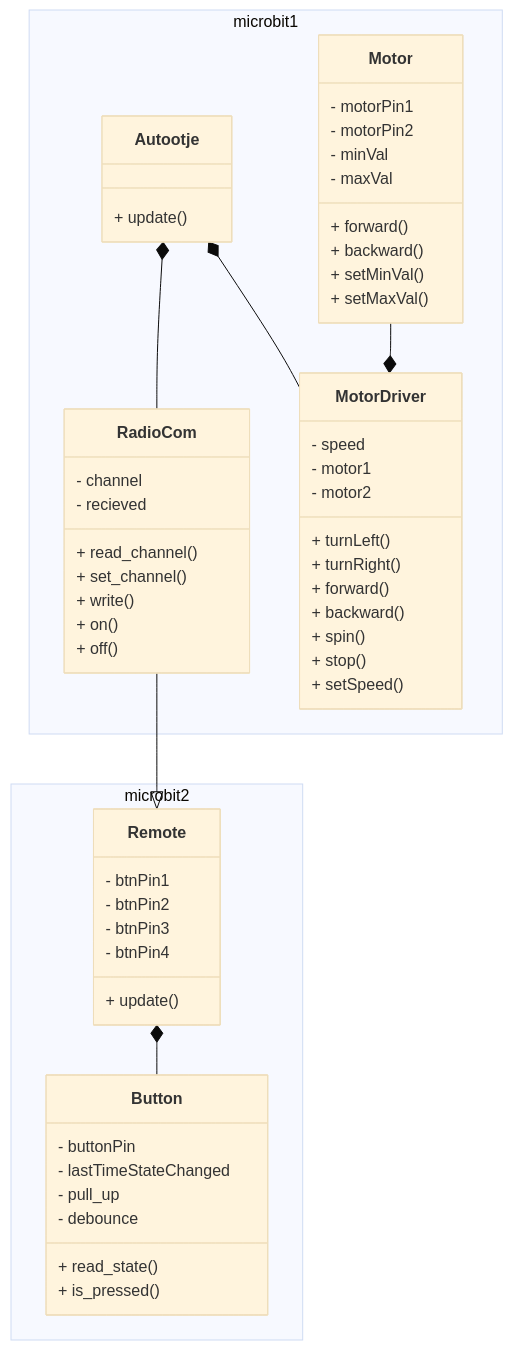
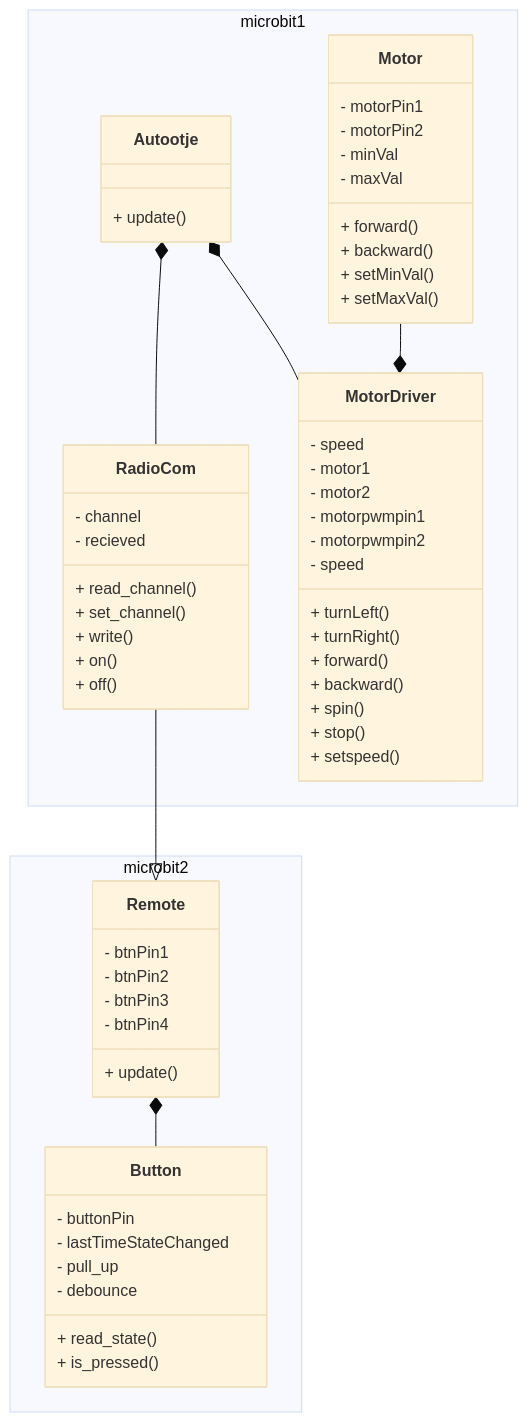
Before and after one commit to jensthebrogrammer/project_autotje: the diagram in UML_schema.md, drawn with Mermaid (base theme).

````diff
--- a/UML_schema.md
+++ b/UML_schema.md
@@ -1,71 +1,74 @@
 ```mermaid
 classDiagram
     namespace microbit1 {
         class Autootje {
             
             + update()
             
         }
 
         class Motor {
             - motorPin1
             - motorPin2
             - minVal
             - maxVal
             + forward()
             + backward()
             + setMinVal()
             + setMaxVal()
         }
         
         class MotorDriver {
             - speed
             - motor1
             - motor2
+            - motorpwmpin1
+            - motorpwmpin2
+            - speed
             + turnLeft()
             + turnRight()
             + forward()
             + backward()
             + spin()
             + stop()
-            + setSpeed()
+            + setspeed()
         }
 
         class RadioCom {
             - channel
             - recieved
             + read_channel()
             + set_channel()
             + write()
             + on()
             + off()
         }
     }
 
     namespace microbit2 {
         class Remote {
             - btnPin1
             - btnPin2
             - btnPin3
             - btnPin4
             + update()
         }
     
         class Button {
             - buttonPin
             - lastTimeStateChanged
             - pull_up
             - debounce
             + read_state()
             + is_pressed()
             
         }
     }
 
     Autootje *-- RadioCom
     Autootje *-- MotorDriver
     RadioCom --|> Remote
     Remote *-- Button
     Motor --* MotorDriver
 
 ```
````
